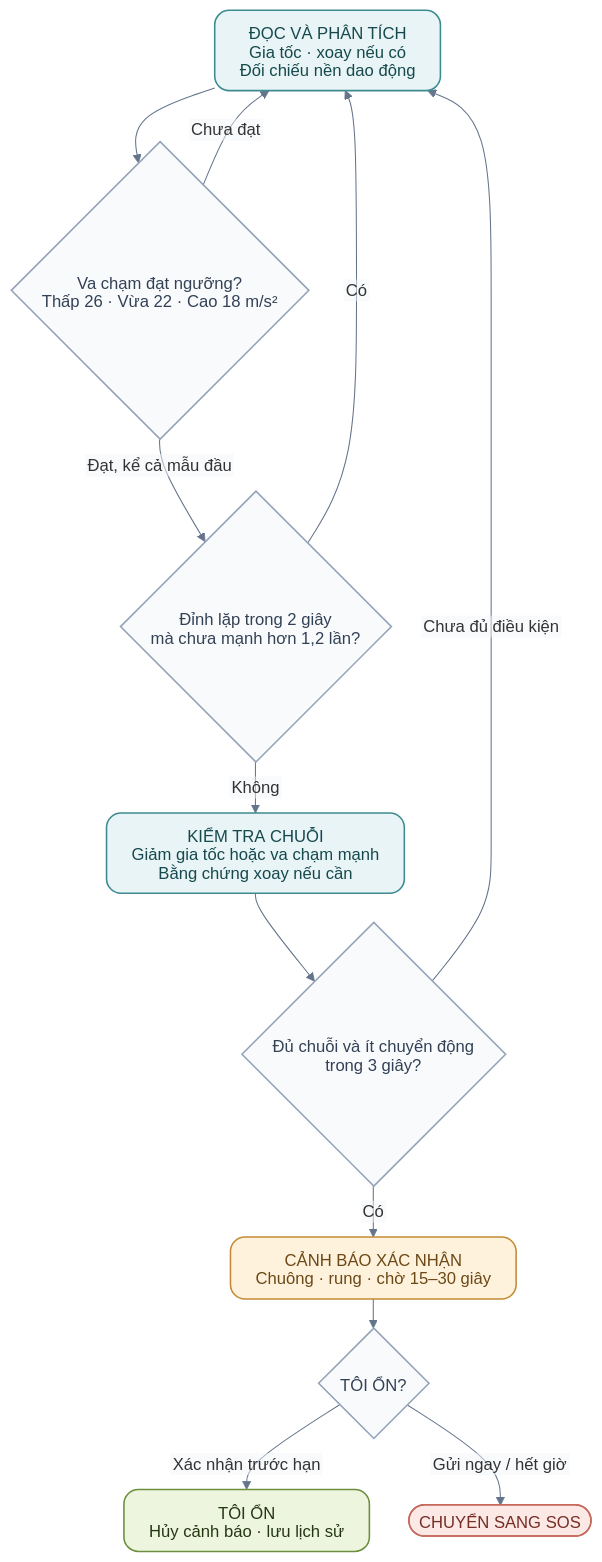
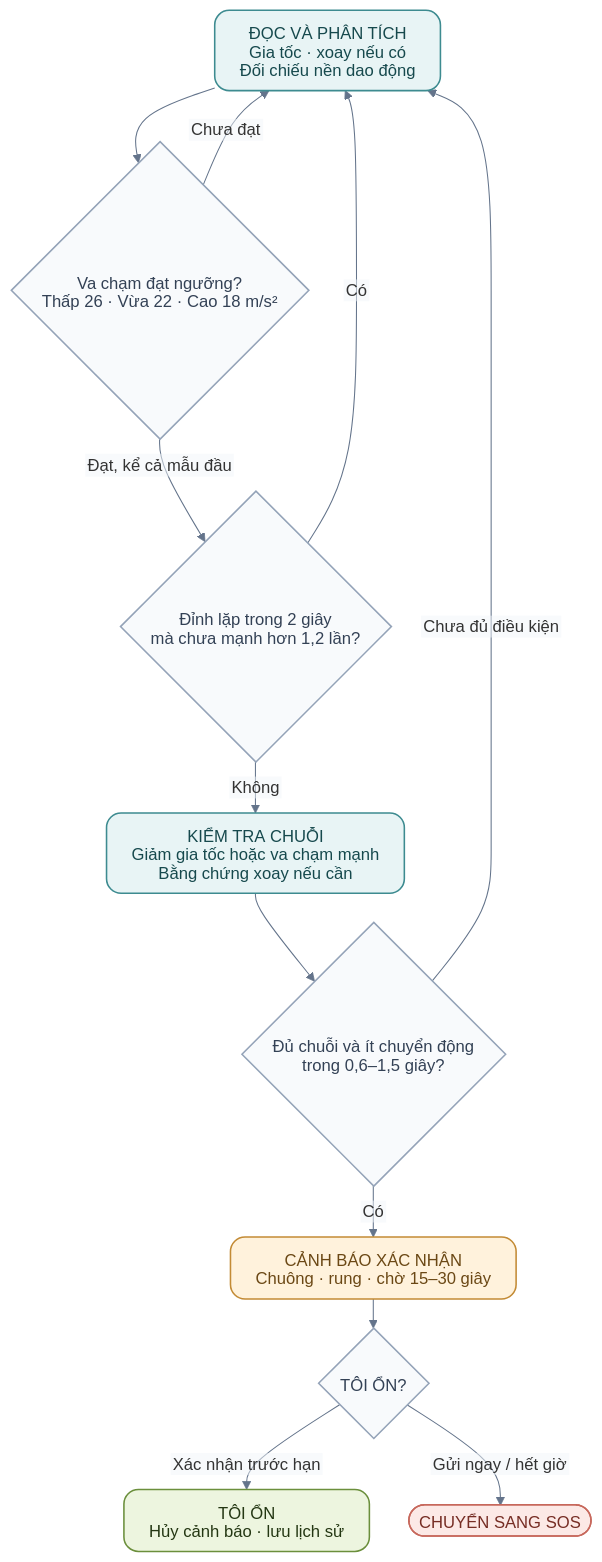
One commit to Vinh-205/Motion changed the diagram in docs/diagrams/motion-detection.mmd. Above: the diagram before and after it, drawn with Mermaid. The commit also changed 11 other files, not shown here.

```diff
--- a/docs/diagrams/motion-detection.mmd
+++ b/docs/diagrams/motion-detection.mmd
@@ -1,47 +1,47 @@
 ---
 config:
   htmlLabels: false
   theme: base
   themeVariables:
     fontFamily: Segoe UI, Arial, sans-serif
     fontSize: 16px
     lineColor: '#64748b'
     edgeLabelBackground: '#f1f5f9'
   flowchart:
     wrappingWidth: 300
     curve: basis
     nodeSpacing: 38
     rankSpacing: 28
     padding: 12
 ---
 flowchart TB
     READ["ĐỌC VÀ PHÂN TÍCH<br/>Gia tốc · xoay nếu có<br/>Đối chiếu nền dao động"]
     IMPACT{"Va chạm đạt ngưỡng?<br/>Thấp 26 · Vừa 22 · Cao 18 m/s²"}
     REPEAT{"Đỉnh lặp trong 2 giây<br/>mà chưa mạnh hơn 1,2 lần?"}
     EVIDENCE["KIỂM TRA CHUỖI<br/>Giảm gia tốc hoặc va chạm mạnh<br/>Bằng chứng xoay nếu cần"]
-    SUSPECT{"Đủ chuỗi và ít chuyển động<br/>trong 3 giây?"}
+    SUSPECT{"Đủ chuỗi và ít chuyển động<br/>trong 0,6–1,5 giây?"}
     ALERT["CẢNH BÁO XÁC NHẬN<br/>Chuông · rung · chờ 15–30 giây"]
     CHOICE{"TÔI ỔN?"}
     SAFE["TÔI ỔN<br/>Hủy cảnh báo · lưu lịch sử"]
     SOS(["CHUYỂN SANG SOS"])
 
     READ --> IMPACT
     IMPACT -- "Chưa đạt" --> READ
     IMPACT -- "Đạt, kể cả mẫu đầu" --> REPEAT
     REPEAT -- "Có" --> READ
     REPEAT -- "Không" --> EVIDENCE --> SUSPECT
     SUSPECT -- "Chưa đủ điều kiện" --> READ
     SUSPECT -- "Có" --> ALERT --> CHOICE
     CHOICE -- "Xác nhận trước hạn" --> SAFE
     CHOICE -- "Gửi ngay / hết giờ" --> SOS
 
     classDef monitor fill:#e8f4f5,stroke:#3d8b90,color:#16494d,stroke-width:1.5px,rx:14,ry:14;
     classDef decision fill:#f8fafc,stroke:#94a3b8,color:#334155,stroke-width:1.5px;
     classDef warning fill:#fff2dc,stroke:#c38b35,color:#6b4815,stroke-width:1.5px,rx:14,ry:14;
     classDef safe fill:#edf5df,stroke:#6b8f3c,color:#243713,stroke-width:1.5px,rx:14,ry:14;
     classDef sos fill:#fce9e6,stroke:#c7685c,color:#762d24,stroke-width:1.5px;
     class READ,EVIDENCE monitor;
     class IMPACT,REPEAT,SUSPECT,CHOICE decision;
     class ALERT warning;
     class SAFE safe;
     class SOS sos;
```
